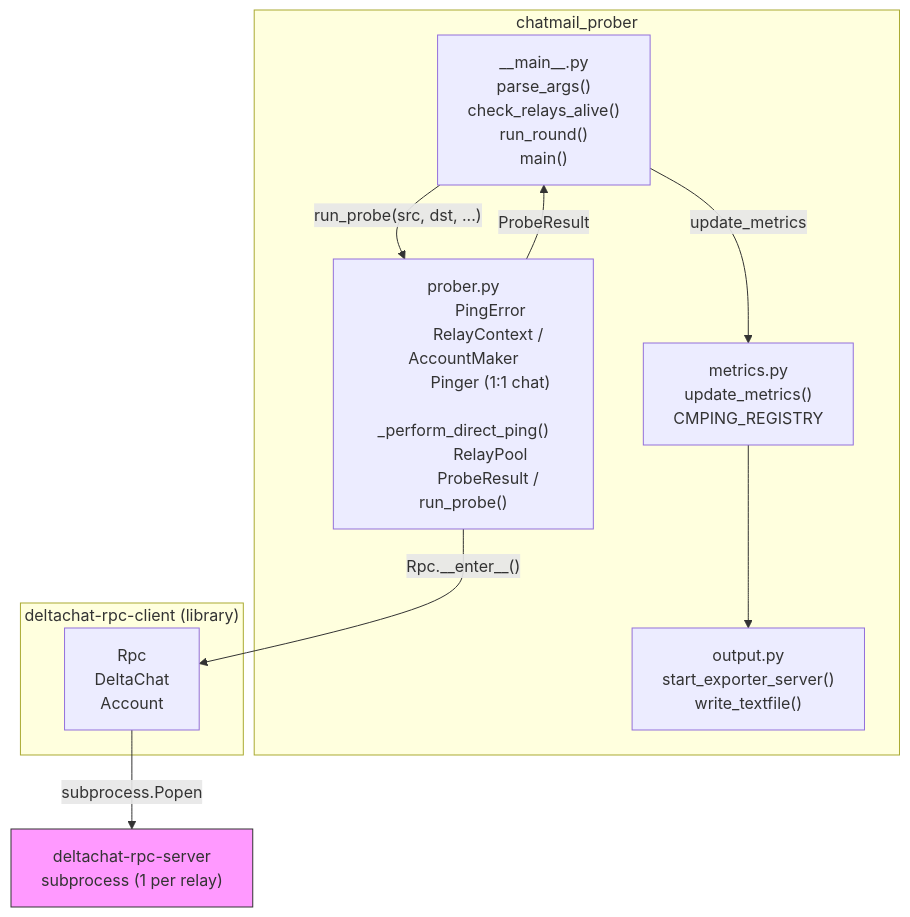
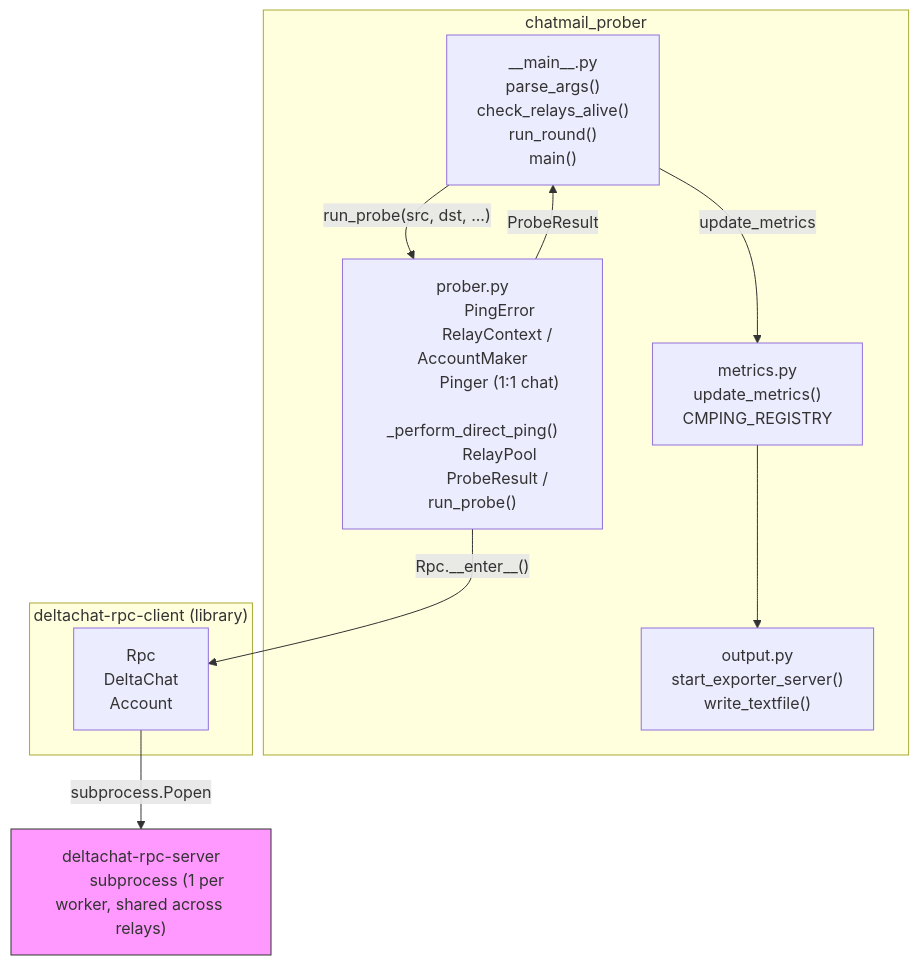
One commit to j4n/chatmail-prober changed the first of 3 diagrams in TECHNICAL.md. Above: the diagram before and after it, drawn with Mermaid. The commit also changed other lines of this file and 8 other files, not shown here.

First line of the commit message:
feat: consolidate to one rpc-server per RelayPool

````diff
--- a/TECHNICAL.md
+++ b/TECHNICAL.md
@@ -72,41 +72,41 @@
 ```mermaid
 graph TD
     subgraph chatmail_prober
         MAIN["__main__.py
             parse_args()
             check_relays_alive()
             run_round()
             main()"]
         PROBER["prober.py
             PingError
             RelayContext / AccountMaker
             Pinger (1:1 chat)
             _perform_direct_ping()
             RelayPool
             ProbeResult / run_probe()"]
         METRICS["metrics.py
             update_metrics()
             CMPING_REGISTRY"]
         OUTPUT["output.py
             start_exporter_server()
             write_textfile()"]
     end
 
     subgraph deltachat["deltachat-rpc-client (library)"]
         RPC["Rpc
             DeltaChat
             Account"]
     end
 
     DCSERVER["deltachat-rpc-server
-        subprocess (1 per relay)"]
+        subprocess (1 per worker, shared across relays)"]
 
     MAIN -->|"run_probe(src, dst, ...)"| PROBER
     PROBER -->|"Rpc.__enter__()"| RPC
     RPC -->|"subprocess.Popen"| DCSERVER
     PROBER -->|ProbeResult| MAIN
     MAIN -->|update_metrics| METRICS
     METRICS --> OUTPUT
 
     style DCSERVER fill:#f9f,stroke:#333
 ```
````
